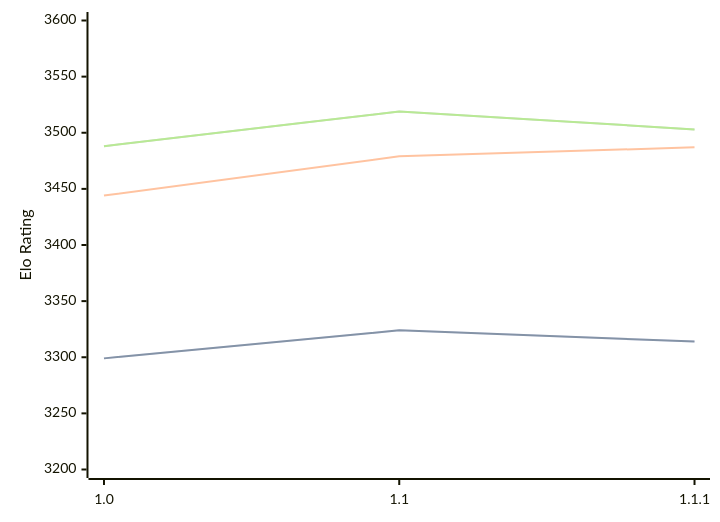
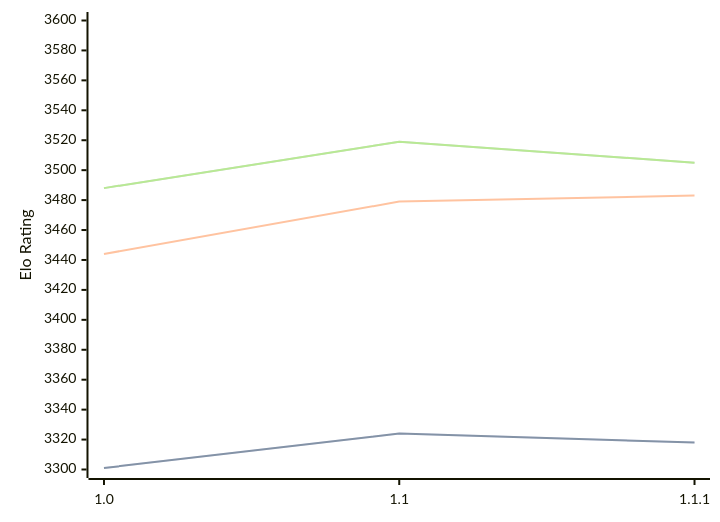
The diagram in engines/Icarus.md (computer-chess-index/cci), drawn with Mermaid before and after one commit. The commit also changed other lines of this file, not shown here.

Commit message:
Update CCI Ratings (ELO VLTC) - 2026-07-22

````diff
--- a/engines/Icarus.md
+++ b/engines/Icarus.md
@@ -33,11 +33,11 @@
 ```mermaid
 %%{init: {"theme":"base","themeVariables":{"seriesColors:['#a3a3a3','#222221','#faa371']}}}%%
 xychart-beta
   x-axis ["1.0", "1.1", "1.1.1"]
-  y-axis "Elo Rating" 3200 --> 3600
-  line "STC (8.0+0.08s)" [3299, 3324, 3314]
-  line "STC (8.0+0.08s)" [3299, 3324, 3314]
-  line "LTC (60.0+0.60s)" [3444, 3479, 3487]
-  line "VLTC (2m24s+1.12s)" [3488, 3519, 3503]
-  line "VLTC (2m24s+1.12s)" [3488, 3519, 3503]
+  y-axis "Elo Rating" 3300 --> 3600
+  line "STC (8.0+0.08s)" [3301, 3324, 3318]
+  line "STC (8.0+0.08s)" [3301, 3324, 3318]
+  line "LTC (60.0+0.60s)" [3444, 3479, 3483]
+  line "VLTC (2m24s+1.12s)" [3488, 3519, 3505]
+  line "VLTC (2m24s+1.12s)" [3488, 3519, 3505]
 ```
````
